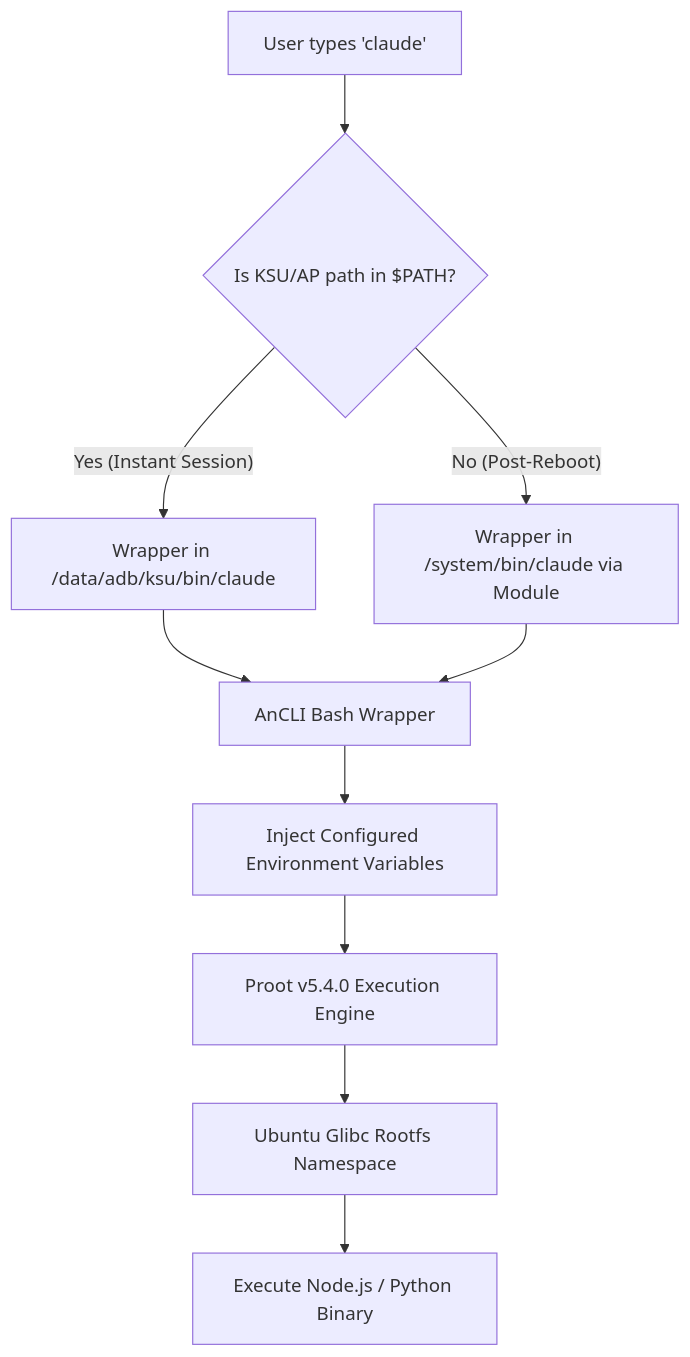
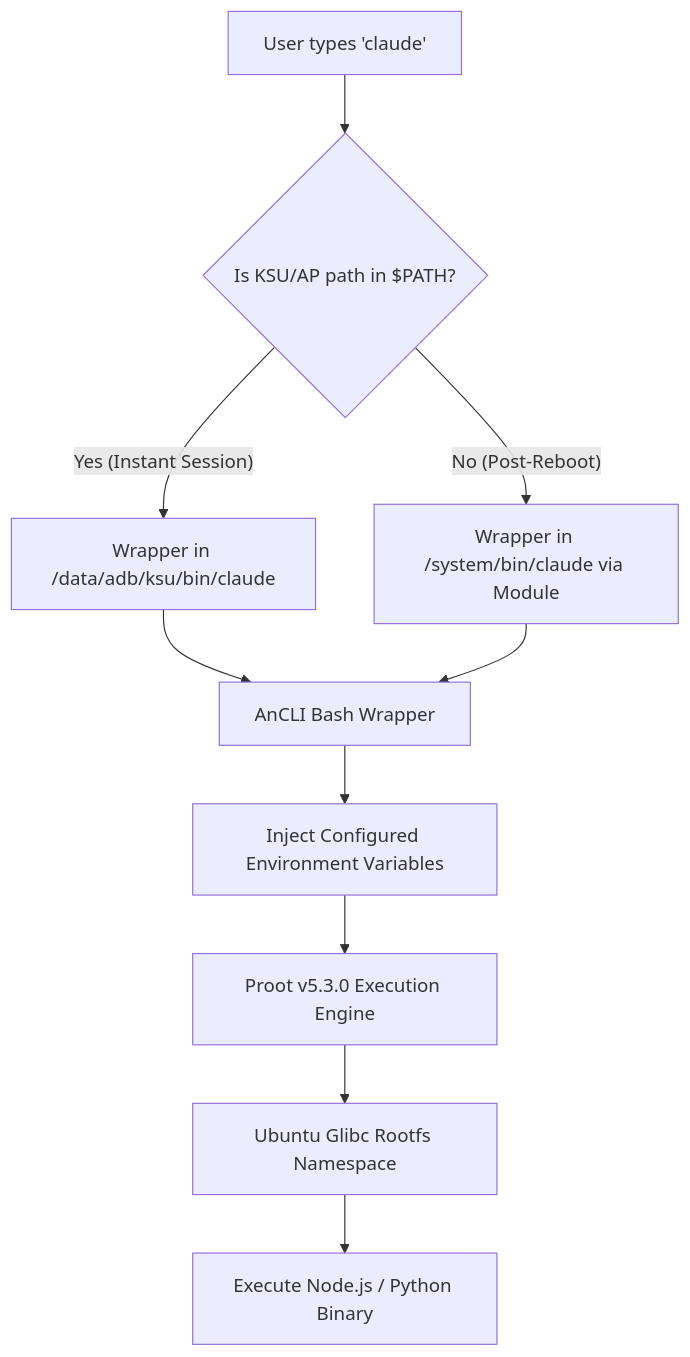
Before and after one commit to AHLLX/AnCLI-Android: the second of 2 diagrams in ARCHITECTURE.md, drawn with Mermaid. The commit also changed other lines of this file and 5 other files, not shown here.

````diff
--- a/ARCHITECTURE.md
+++ b/ARCHITECTURE.md
@@ -132,12 +132,12 @@
 ```mermaid
 graph TD
     A["User types 'claude'"] --> B{"Is KSU/AP path in $PATH?"}
     B -- "Yes (Instant Session)" --> C["Wrapper in /data/adb/ksu/bin/claude"]
     B -- "No (Post-Reboot)" --> D["Wrapper in /system/bin/claude via Module"]
     C --> E["AnCLI Bash Wrapper"]
     D --> E
     E --> F["Inject Configured Environment Variables"]
-    F --> G["Proot v5.4.0 Execution Engine"]
+    F --> G["Proot v5.3.0 Execution Engine"]
     G --> H["Ubuntu Glibc Rootfs Namespace"]
     H --> I["Execute Node.js / Python Binary"]
 ```
````
